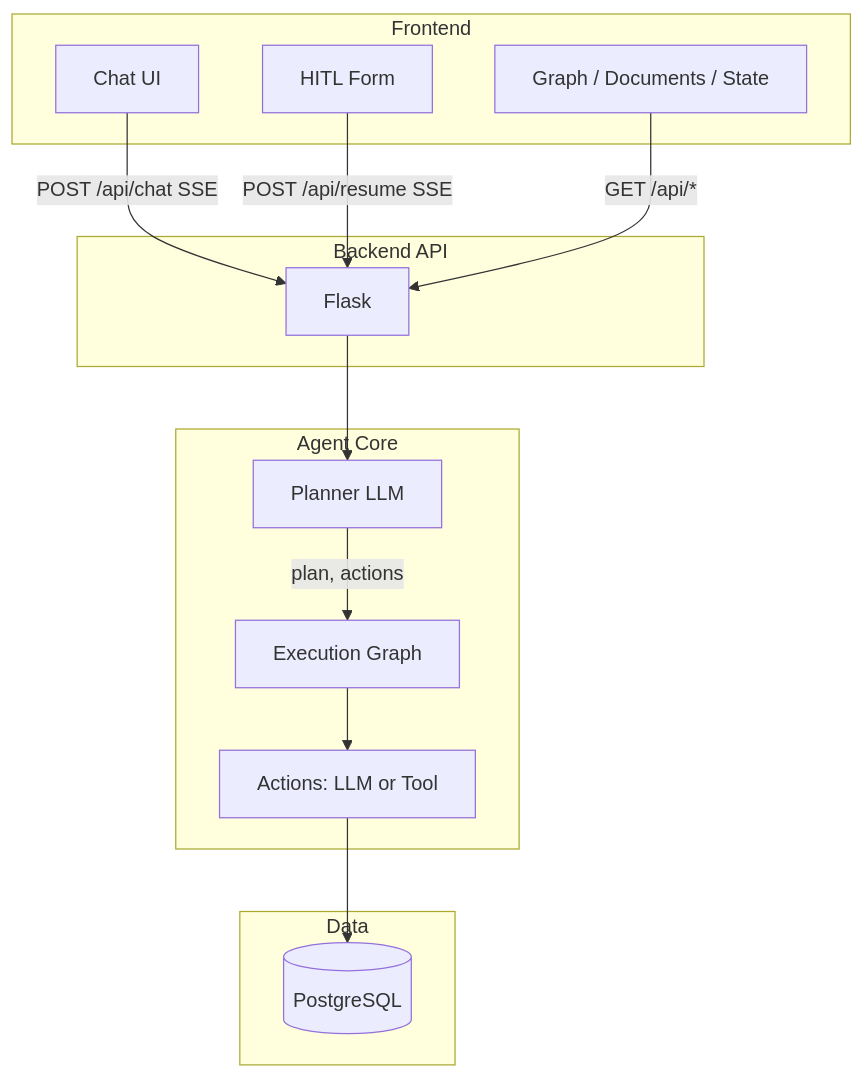
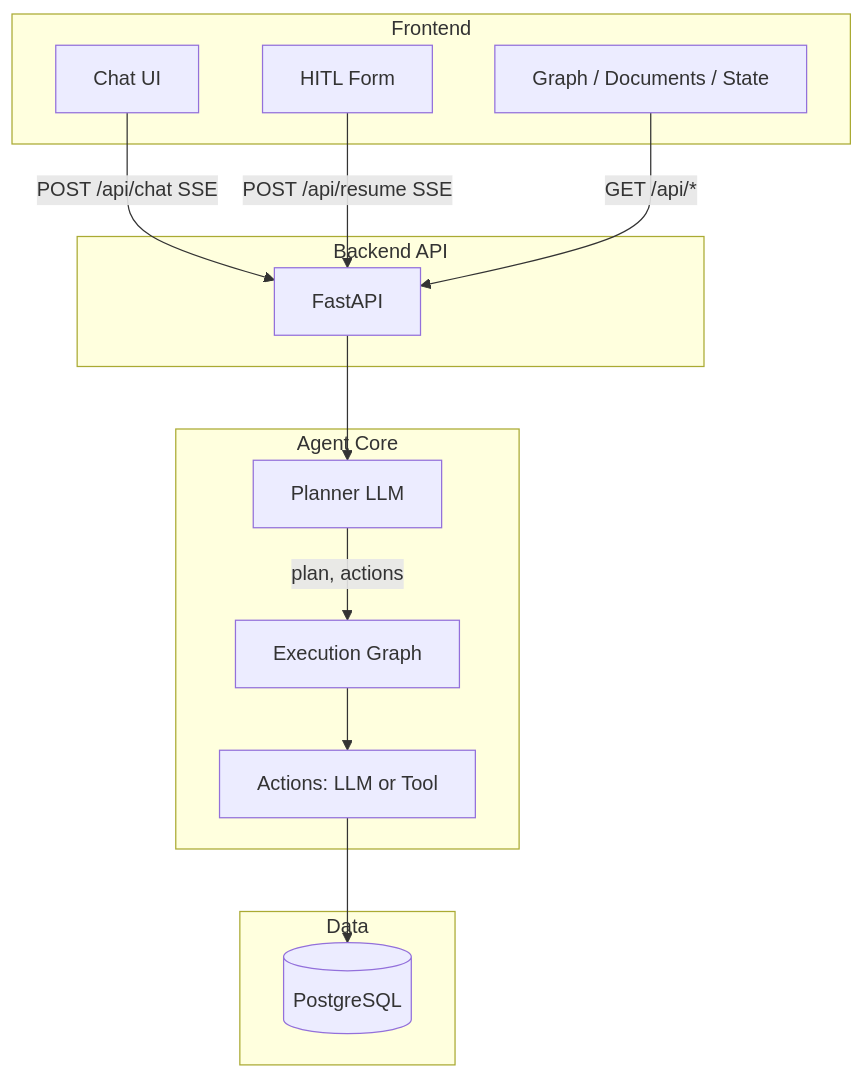
The diagram in README.md (woojin-heo/dynagraph), drawn with Mermaid before and after one commit. The commit also changed other lines of this file and 2 other files, not shown here.

Commit message:
flask to fastapi

````diff
--- a/README.md
+++ b/README.md
@@ -55,26 +55,26 @@
 ```mermaid
 flowchart TB
   subgraph ui [Frontend]
     Chat[Chat UI]
     HITL[HITL Form]
     Views[Graph / Documents / State]
   end
   subgraph api [Backend API]
-    Flask[Flask]
+    FastAPI[FastAPI]
   end
   subgraph agent [Agent Core]
     Planner[Planner LLM]
     Graph[Execution Graph]
     Actions[Actions: LLM or Tool]
   end
   subgraph data [Data]
     PG[(PostgreSQL)]
   end
-  Chat -->|POST /api/chat SSE| Flask
-  HITL -->|POST /api/resume SSE| Flask
-  Views -->|GET /api/*| Flask
-  Flask --> Planner
+  Chat -->|POST /api/chat SSE| FastAPI
+  HITL -->|POST /api/resume SSE| FastAPI
+  Views -->|GET /api/*| FastAPI
+  FastAPI --> Planner
   Planner -->|plan, actions| Graph
   Graph --> Actions
   Actions --> PG
 ```
````
